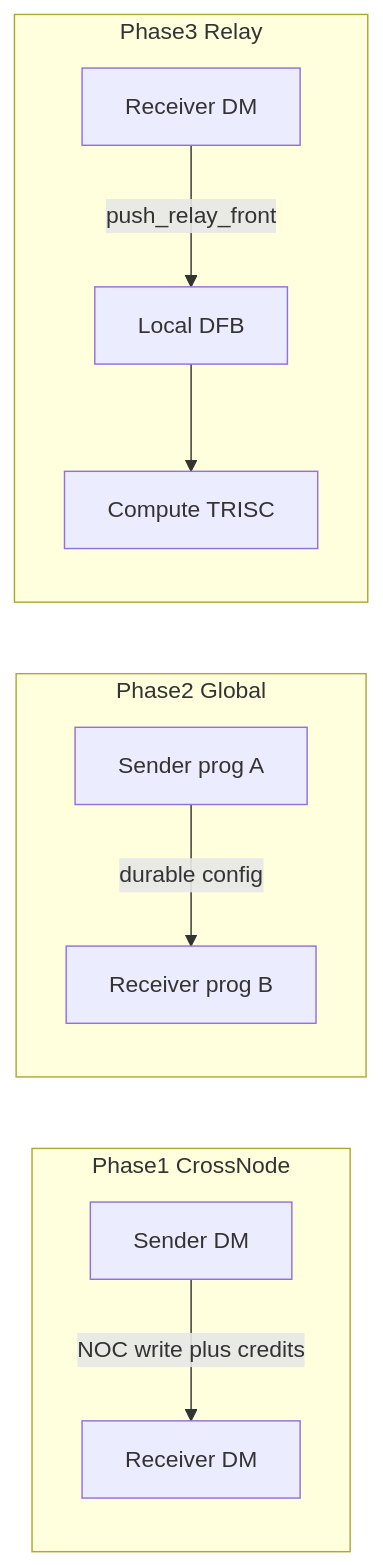
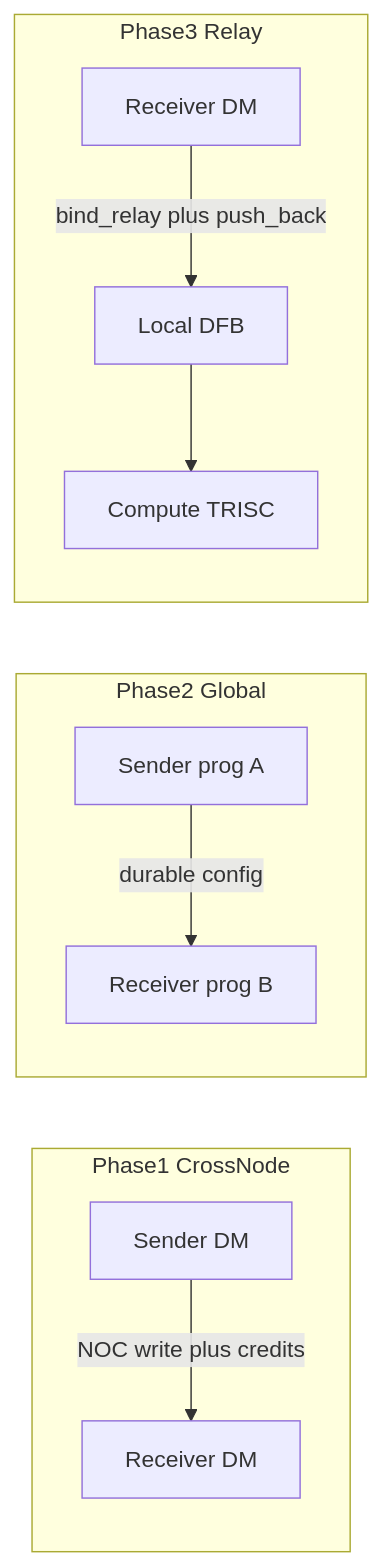
One commit to tenstorrent/tt-metal changed the diagram in .cursor/docs/dataflow-buffers/CrossNode_Global_DFB.md. Above: the diagram before and after it, drawn with Mermaid. The commit also changed other lines of this file and 17 other files, not shown here.

````diff
--- a/.cursor/docs/dataflow-buffers/CrossNode_Global_DFB.md
+++ b/.cursor/docs/dataflow-buffers/CrossNode_Global_DFB.md
@@ -141,13 +145,13 @@
 ```mermaid
 flowchart LR
   subgraph phase1 [Phase1 CrossNode]
     S1[Sender DM] -->|NOC write plus credits| R1[Receiver DM]
   end
   subgraph phase2 [Phase2 Global]
     S2[Sender prog A] -->|durable config| R2[Receiver prog B]
   end
   subgraph phase3 [Phase3 Relay]
-    R3[Receiver DM] -->|push_relay_front| L[Local DFB]
+    R3[Receiver DM] -->|bind_relay plus push_back| L[Local DFB]
     L --> C[Compute TRISC]
   end
 ```
````
